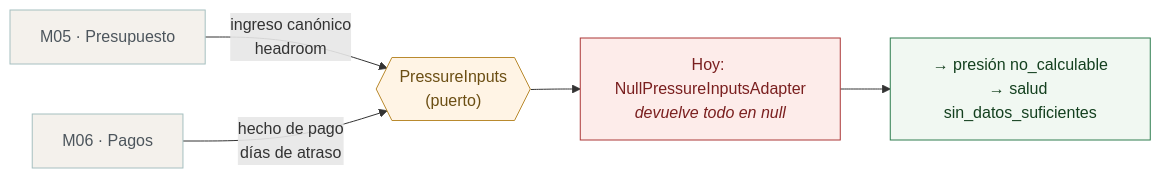
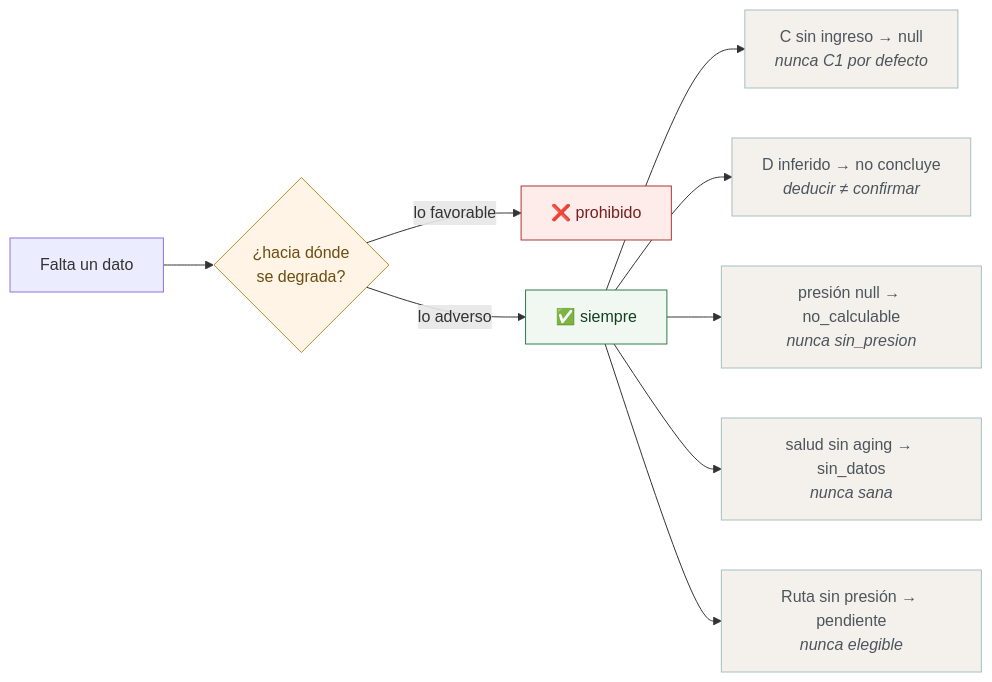
One commit to miguelherize-creator/walvy-workspace changed the fifth of 6 diagrams in context/modulo04-motor-deudas/motor-m04-en-detalle.md. Above: the diagram before and after it, drawn with Mermaid. The commit also changed other lines of this file and 4 other files, not shown here.

````diff
--- a/context/modulo04-motor-deudas/motor-m04-en-detalle.md
+++ b/context/modulo04-motor-deudas/motor-m04-en-detalle.md
@@ -160,17 +212,19 @@
 ```mermaid
 flowchart LR
-    M5["M05 · Presupuesto"] -->|"ingreso canónico<br/>headroom"| PORT
-    M6["M06 · Pagos"] -->|"hecho de pago<br/>días de atraso"| PORT
+    F["Falta un dato"] --> PREG{"¿hacia dónde<br/>se degrada?"}
+    PREG -->|"lo favorable"| MAL["❌ prohibido"]:::mal
+    PREG -->|"lo adverso"| BIEN["✅ siempre"]:::bien
 
-    PORT{{"PressureInputs<br/>(puerto)"}}:::dec
+    BIEN --> E1["C sin ingreso → null<br/><i>nunca C1 por defecto</i>"]
+    BIEN --> E2["D inferido → no concluye<br/><i>deducir ≠ confirmar</i>"]
+    BIEN --> E3["presión null → no_calculable<br/><i>nunca sin_presion</i>"]
+    BIEN --> E4["salud sin aging → sin_datos<br/><i>nunca sana</i>"]
+    BIEN --> E5["Ruta sin presión → pendiente<br/><i>nunca elegible</i>"]
 
-    PORT --> IMPL["Hoy: NullPressureInputsAdapter<br/><i>devuelve todo en null</i>"]:::roto
-    IMPL --> RES["→ presión no_calculable<br/>→ salud sin_datos_suficientes"]
-
-    classDef roto fill:#FDECEA,stroke:#AB3737,color:#7A1F1F
+    classDef mal fill:#FDECEA,stroke:#AB3737,color:#7A1F1F
+    classDef bien fill:#F1F8F2,stroke:#2E7D4F,color:#14401F
+    class E1,E2,E3,E4,E5 ej
+    classDef ej fill:#F4F1EC,stroke:#A6BFC0,color:#4C555C
+    class PREG dec
     classDef dec fill:#FFF4E5,stroke:#B98A2E,color:#6B4E13
-    class M5,M6 ext
-    classDef ext fill:#F4F1EC,stroke:#A6BFC0,color:#4C555C
-    class RES ok
-    classDef ok fill:#F1F8F2,stroke:#2E7D4F,color:#14401F
 ```
````
